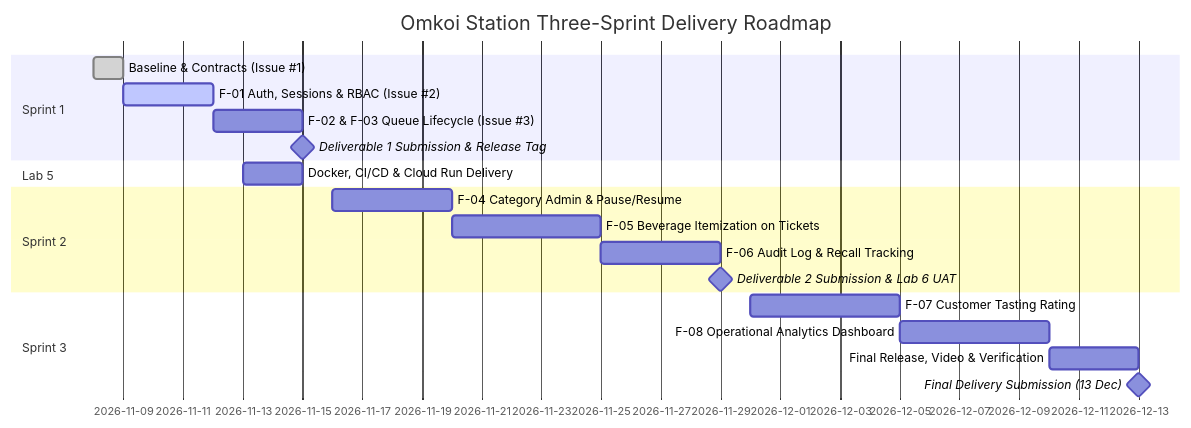
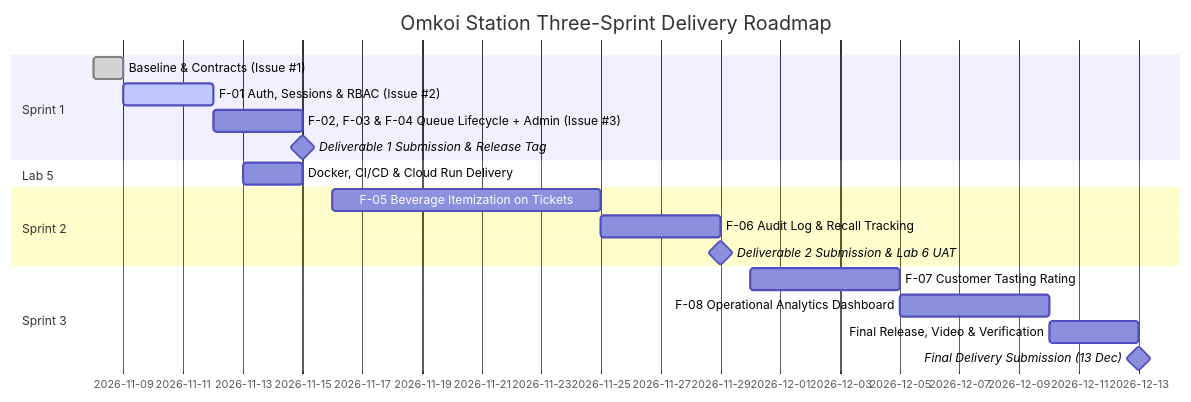
The diagram in docs/sprints/plan.md (MANGKONYOK/cafe-queue-services), drawn with Mermaid before and after one commit. The commit also changed other lines of this file and 8 other files, not shown here.

````diff
--- a/docs/sprints/plan.md
+++ b/docs/sprints/plan.md
@@ -7,22 +7,21 @@
 ```mermaid
 gantt
     title Omkoi Station Three-Sprint Delivery Roadmap
     dateFormat  YYYY-MM-DD
     section Sprint 1
     Baseline & Contracts (Issue #1)     :done, 2026-11-08, 2026-11-09
     F-01 Auth, Sessions & RBAC (Issue #2):active, 2026-11-09, 2026-11-12
-    F-02 & F-03 Queue Lifecycle (Issue #3):2026-11-12, 2026-11-15
+    F-02, F-03 & F-04 Queue Lifecycle + Admin (Issue #3):2026-11-12, 2026-11-15
     Deliverable 1 Submission & Release Tag:milestone, 2026-11-15, 0d
     section Lab 5
     Docker, CI/CD & Cloud Run Delivery   :2026-11-13, 2026-11-15
     section Sprint 2
-    F-04 Category Admin & Pause/Resume   :2026-11-16, 2026-11-20
-    F-05 Beverage Itemization on Tickets :2026-11-20, 2026-11-25
+    F-05 Beverage Itemization on Tickets :2026-11-16, 2026-11-25
     F-06 Audit Log & Recall Tracking     :2026-11-25, 2026-11-29
     Deliverable 2 Submission & Lab 6 UAT :milestone, 2026-11-29, 0d
     section Sprint 3
     F-07 Customer Tasting Rating         :2026-11-30, 2026-12-05
     F-08 Operational Analytics Dashboard :2026-12-05, 2026-12-10
     Final Release, Video & Verification  :2026-12-10, 2026-12-13
     Final Delivery Submission (13 Dec)   :milestone, 2026-12-13, 0d
 ```
````
